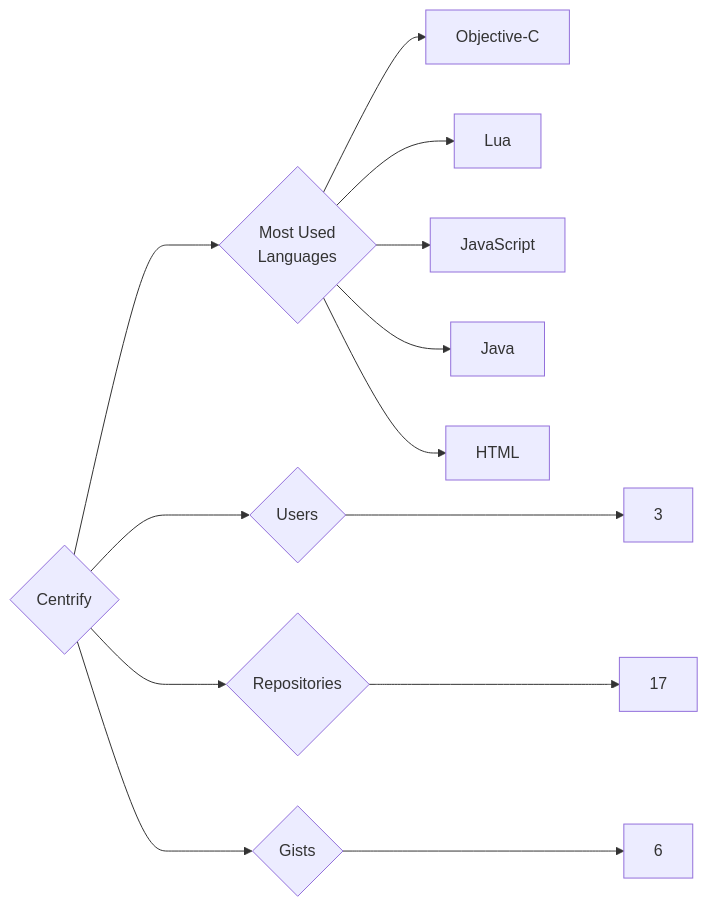
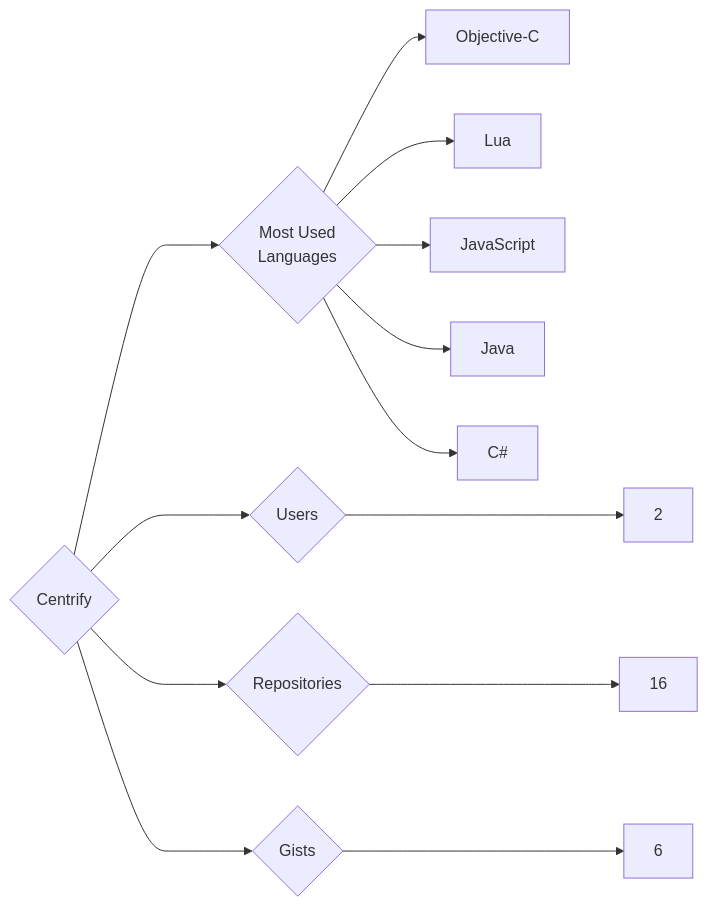
The diagram in targets/Centrify/README.md (trickest/insiders), drawn with Mermaid before and after one commit. The commit also changed 993 other files, not shown here.

````diff
--- a/targets/Centrify/README.md
+++ b/targets/Centrify/README.md
@@ -3,13 +3,13 @@
 ```mermaid
 graph LR
 COMPANY_NAME{Centrify}
-COMPANY_NAME ---> U{Users} ---> UN[3]
-COMPANY_NAME ---> R{Repositories} ---> RN[17]
+COMPANY_NAME ---> U{Users} ---> UN[2]
+COMPANY_NAME ---> R{Repositories} ---> RN[16]
 COMPANY_NAME ---> G{Gists} ---> GN[6]
 COMPANY_NAME ---> ML{Most Used<br>Languages}
 ML --> Objective-C[Objective-C]
 ML --> Lua[Lua]
 ML --> JavaScript[JavaScript]
 ML --> Java[Java]
-ML --> HTML[HTML]
+ML --> C#[C#]
 ```
````
